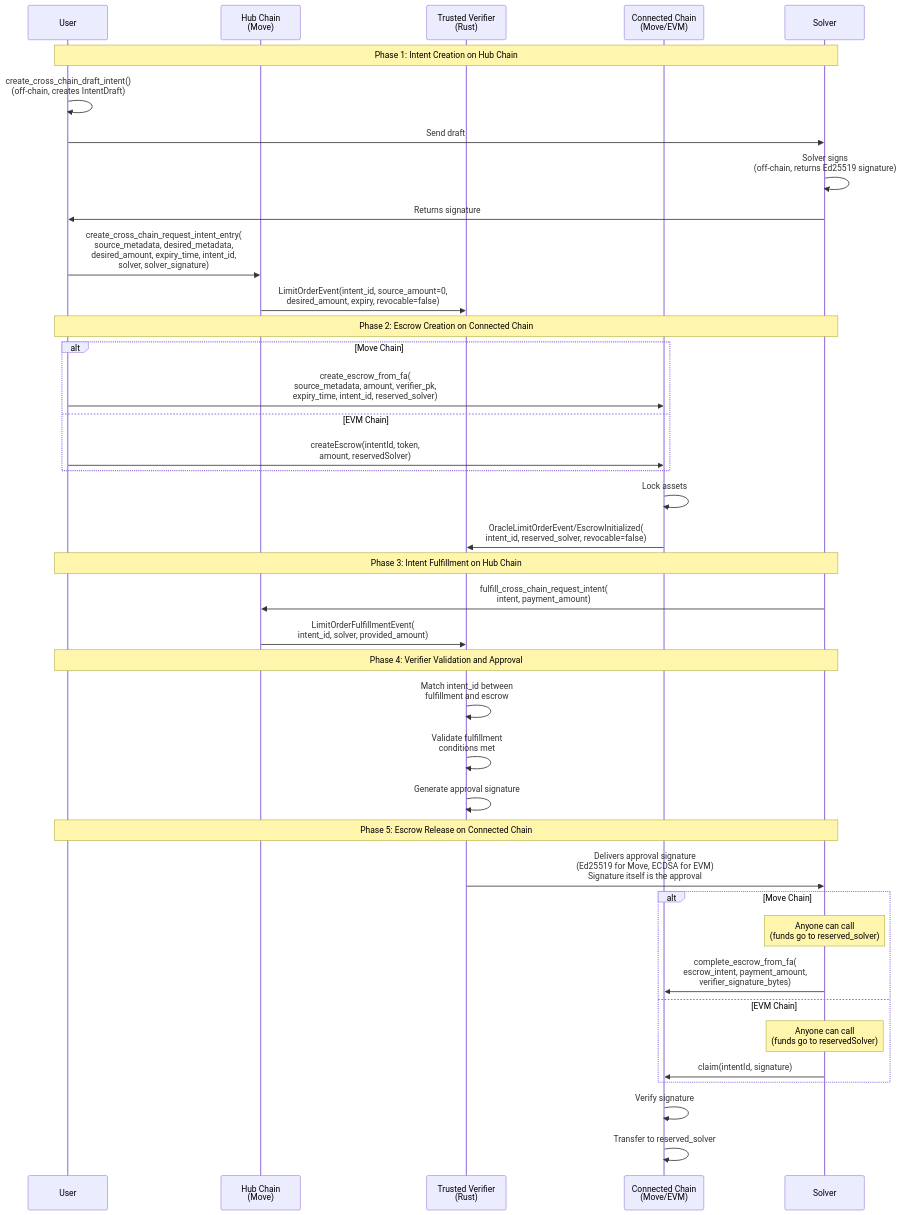
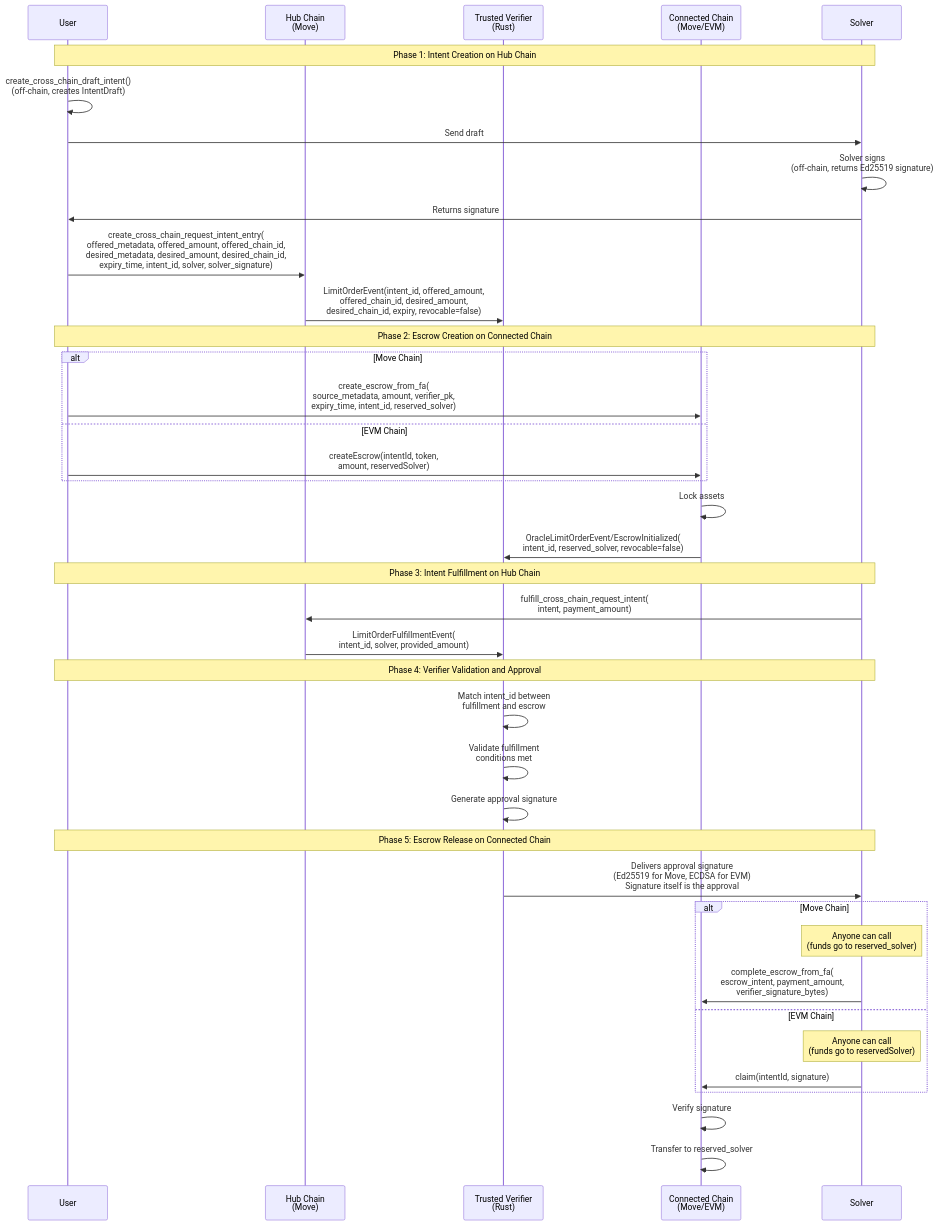
Before and after one commit to movementlabsxyz/intent-framework: the first of 2 diagrams in docs/protocol.md, drawn with Mermaid. The commit also changed other lines of this file and 11 other files, not shown here.

````diff
--- a/docs/protocol.md
+++ b/docs/protocol.md
@@ -29,46 +29,46 @@
 ```mermaid
 sequenceDiagram
     participant User
     participant Hub as Hub Chain<br/>(Move)
     participant Verifier as Trusted Verifier<br/>(Rust)
     participant Connected as Connected Chain<br/>(Move/EVM)
     participant Solver
 
     Note over User,Solver: Phase 1: Intent Creation on Hub Chain
     User->>User: create_cross_chain_draft_intent()<br/>(off-chain, creates IntentDraft)
     User->>Solver: Send draft
     Solver->>Solver: Solver signs<br/>(off-chain, returns Ed25519 signature)
     Solver->>User: Returns signature
-    User->>Hub: create_cross_chain_request_intent_entry(<br/>source_metadata, desired_metadata,<br/>desired_amount, expiry_time, intent_id,<br/>solver, solver_signature)
-    Hub->>Verifier: LimitOrderEvent(intent_id, source_amount=0,<br/>desired_amount, expiry, revocable=false)
+    User->>Hub: create_cross_chain_request_intent_entry(<br/>offered_metadata, offered_amount, offered_chain_id,<br/>desired_metadata, desired_amount, desired_chain_id,<br/>expiry_time, intent_id, solver, solver_signature)
+    Hub->>Verifier: LimitOrderEvent(intent_id, offered_amount,<br/>offered_chain_id, desired_amount,<br/>desired_chain_id, expiry, revocable=false)
 
     Note over User,Solver: Phase 2: Escrow Creation on Connected Chain
     alt Move Chain
         User->>Connected: create_escrow_from_fa(<br/>source_metadata, amount, verifier_pk,<br/>expiry_time, intent_id, reserved_solver)
     else EVM Chain
         User->>Connected: createEscrow(intentId, token,<br/>amount, reservedSolver)
     end
     Connected->>Connected: Lock assets
     Connected->>Verifier: OracleLimitOrderEvent/EscrowInitialized(<br/>intent_id, reserved_solver, revocable=false)
 
     Note over User,Solver: Phase 3: Intent Fulfillment on Hub Chain
     Solver->>Hub: fulfill_cross_chain_request_intent(<br/>intent, payment_amount)
     Hub->>Verifier: LimitOrderFulfillmentEvent(<br/>intent_id, solver, provided_amount)
 
     Note over User,Solver: Phase 4: Verifier Validation and Approval
     Verifier->>Verifier: Match intent_id between<br/>fulfillment and escrow
     Verifier->>Verifier: Validate fulfillment<br/>conditions met
     Verifier->>Verifier: Generate approval signature
 
     Note over User,Solver: Phase 5: Escrow Release on Connected Chain
     Verifier->>Solver: Delivers approval signature<br/>(Ed25519 for Move, ECDSA for EVM)<br/>Signature itself is the approval
     alt Move Chain
         Note over Solver: Anyone can call<br/>(funds go to reserved_solver)
         Solver->>Connected: complete_escrow_from_fa(<br/>escrow_intent, payment_amount,<br/>verifier_signature_bytes)
     else EVM Chain
         Note over Solver: Anyone can call<br/>(funds go to reservedSolver)
         Solver->>Connected: claim(intentId, signature)
     end
     Connected->>Connected: Verify signature
     Connected->>Connected: Transfer to reserved_solver
 ```
````
